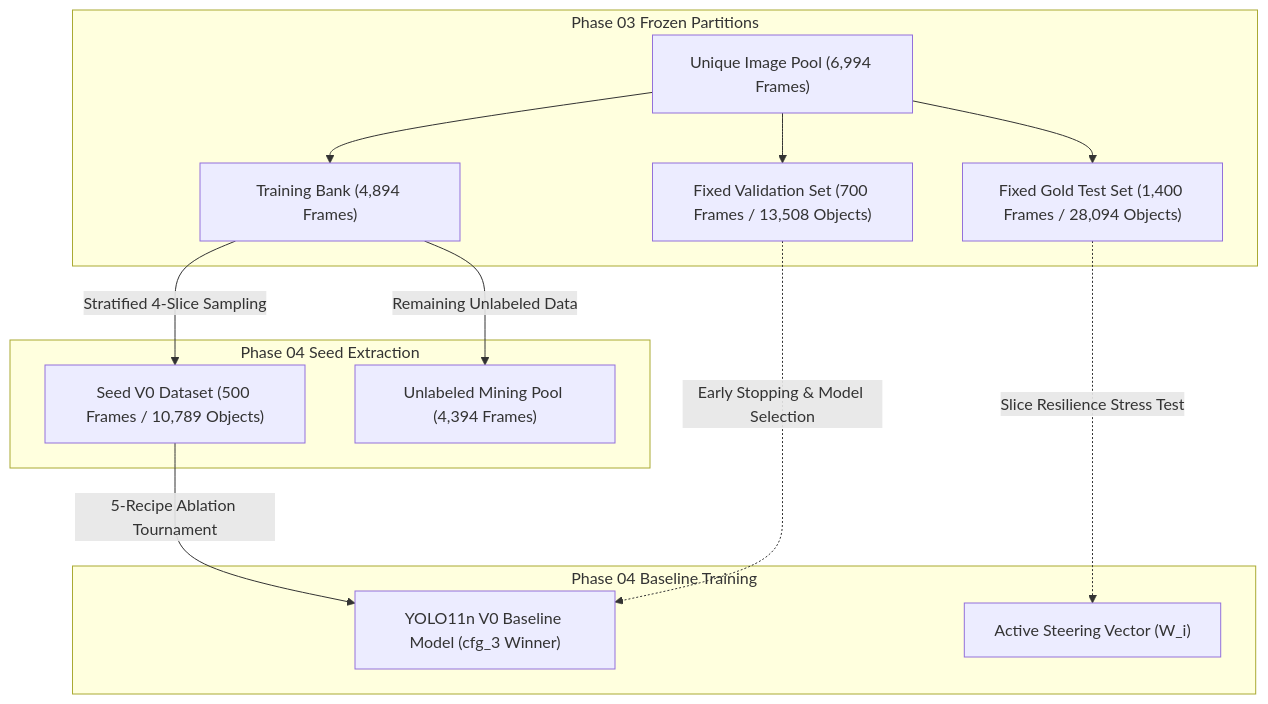
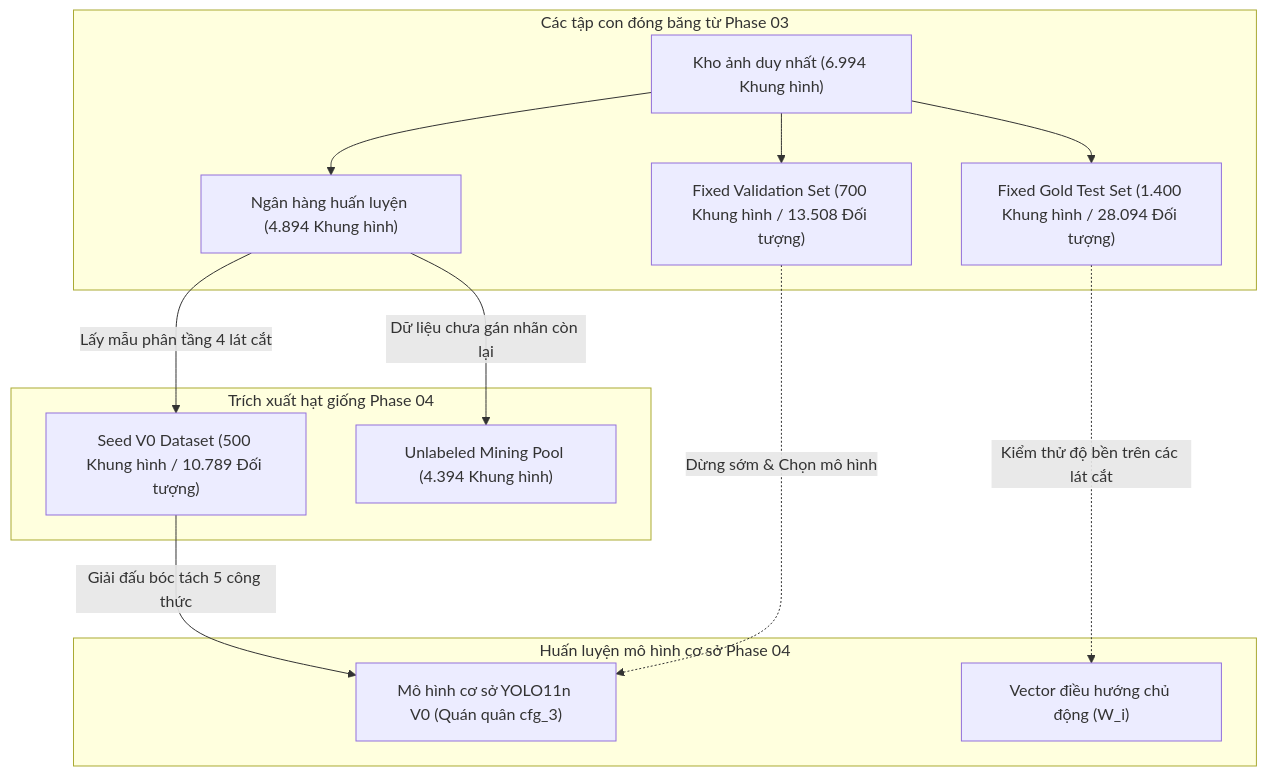
The first of 2 diagrams in docs/experiments/04_seed_baseline.md (Wanlee199/bdd10k-hitl-simulator-web), drawn with Mermaid before and after one commit. The commit also changed other lines of this file and 13 other files, not shown here.

````diff
--- a/docs/experiments/04_seed_baseline.md
+++ b/docs/experiments/04_seed_baseline.md
@@ -26,19 +26,19 @@
 ```mermaid
 flowchart TD
-    subgraph Phase 03 Frozen Partitions
-        A["Unique Image Pool (6,994 Frames)"] --> B["Fixed Gold Test Set (1,400 Frames / 28,094 Objects)"]
-        A --> C["Fixed Validation Set (700 Frames / 13,508 Objects)"]
-        A --> D["Training Bank (4,894 Frames)"]
+    subgraph Các tập con đóng băng từ Phase 03
+        A["Kho ảnh duy nhất (6.994 Khung hình)"] --> B["Fixed Gold Test Set (1.400 Khung hình / 28.094 Đối tượng)"]
+        A --> C["Fixed Validation Set (700 Khung hình / 13.508 Đối tượng)"]
+        A --> D["Ngân hàng huấn luyện (4.894 Khung hình)"]
     end
 
-    subgraph Phase 04 Seed Extraction
-        D -->|Stratified 4-Slice Sampling| E["Seed V0 Dataset (500 Frames / 10,789 Objects)"]
-        D -->|Remaining Unlabeled Data| F["Unlabeled Mining Pool (4,394 Frames)"]
+    subgraph Trích xuất hạt giống Phase 04
+        D -->|Lấy mẫu phân tầng 4 lát cắt| E["Seed V0 Dataset (500 Khung hình / 10.789 Đối tượng)"]
+        D -->|Dữ liệu chưa gán nhãn còn lại| F["Unlabeled Mining Pool (4.394 Khung hình)"]
     end
 
-    subgraph Phase 04 Baseline Training
-        E -->|5-Recipe Ablation Tournament| G["YOLO11n V0 Baseline Model (cfg_3 Winner)"]
-        C -.->|Early Stopping & Model Selection| G
-        B -.->|Slice Resilience Stress Test| H["Active Steering Vector (W_i)"]
+    subgraph Huấn luyện mô hình cơ sở Phase 04
+        E -->|Giải đấu bóc tách 5 công thức| G["Mô hình cơ sở YOLO11n V0 (Quán quân cfg_3)"]
+        C -.->|Dừng sớm & Chọn mô hình| G
+        B -.->|Kiểm thử độ bền trên các lát cắt| H["Vector điều hướng chủ động (W_i)"]
     end
 ```
````
